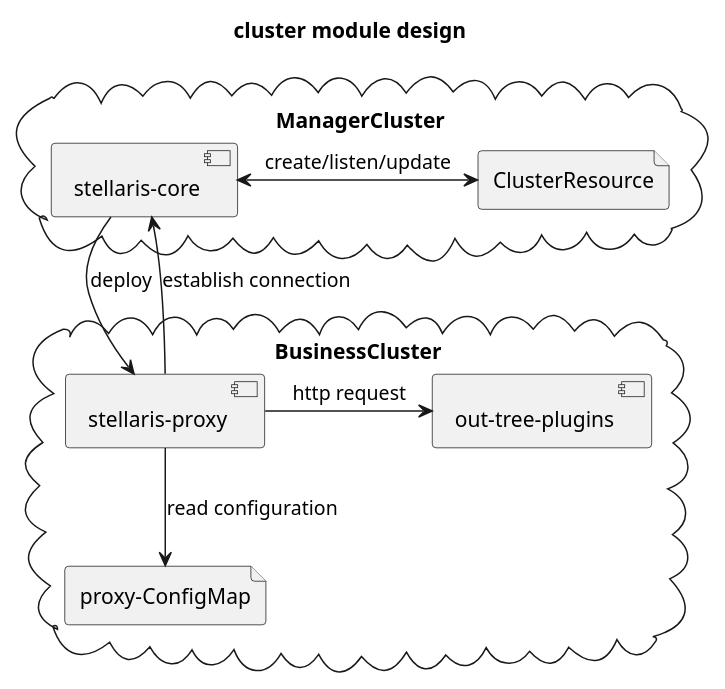
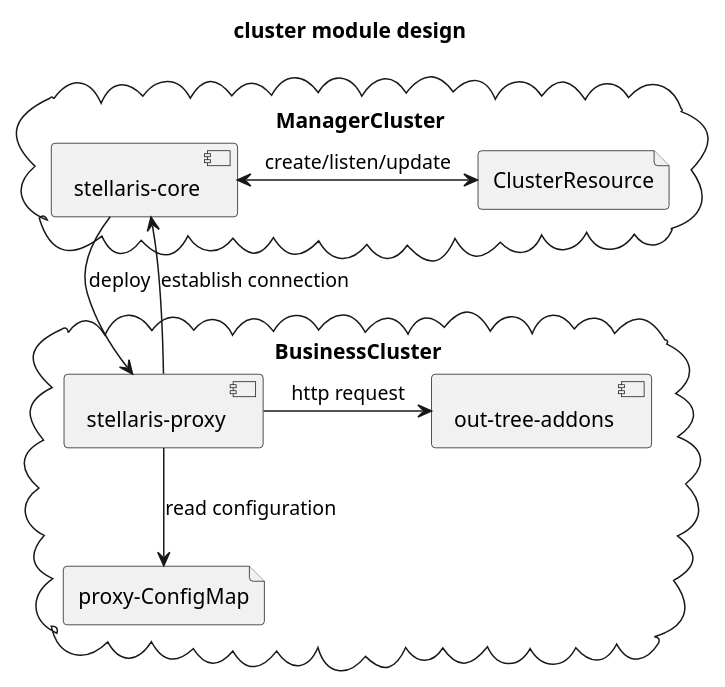
The diagram in img/plantuml/00-cluster.puml (sangshenya/multi-cluster-manager), drawn with PlantUML before and after one commit. The commit also changed 17 other files, not shown here.

```diff
--- a/img/plantuml/00-cluster.puml
+++ b/img/plantuml/00-cluster.puml
@@ -1,24 +1,24 @@
 @startuml
 
 title cluster module design
 
 cloud ManagerCluster {
 	component "stellaris-core" as core
 	file ClusterResource as cluster
 
 	core <-> cluster : create/listen/update
 }
 
 cloud BusinessCluster {
 	component "stellaris-proxy" as proxy
-	component "out-tree-plugins" as plugins
+	component "out-tree-addons" as addons
 	file "proxy-ConfigMap" as cm
 
 	proxy --> cm : read configuration
-	proxy -> plugins : http request
+	proxy -> addons : http request
 }
 
 core --> proxy : deploy
 proxy --> core : establish connection
 
 @enduml∂∂
```
